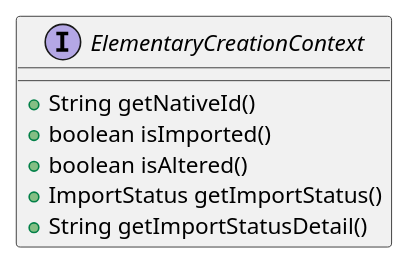
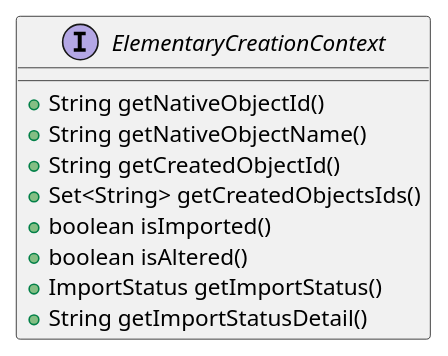
The third of 4 diagrams in docs/input-data/crac/uml/CracCreationContext.puml (powsybl/powsybl-open-rao), drawn with PlantUML before and after one commit. The commit also changed 14 other files, not shown here.

```diff
--- a/docs/input-data/crac/uml/CracCreationContext.puml
+++ b/docs/input-data/crac/uml/CracCreationContext.puml
@@ -20,9 +20,12 @@
 @startuml(id=ElementaryCreationContext)
 interface ElementaryCreationContext {
-+ String getNativeId()
++ String getNativeObjectId()
++ String getNativeObjectName()
++ String getCreatedObjectId()
++ Set<String> getCreatedObjectsIds()
 + boolean isImported()
 + boolean isAltered()
 + ImportStatus getImportStatus()
 + String getImportStatusDetail()
 }
 @enduml
```
